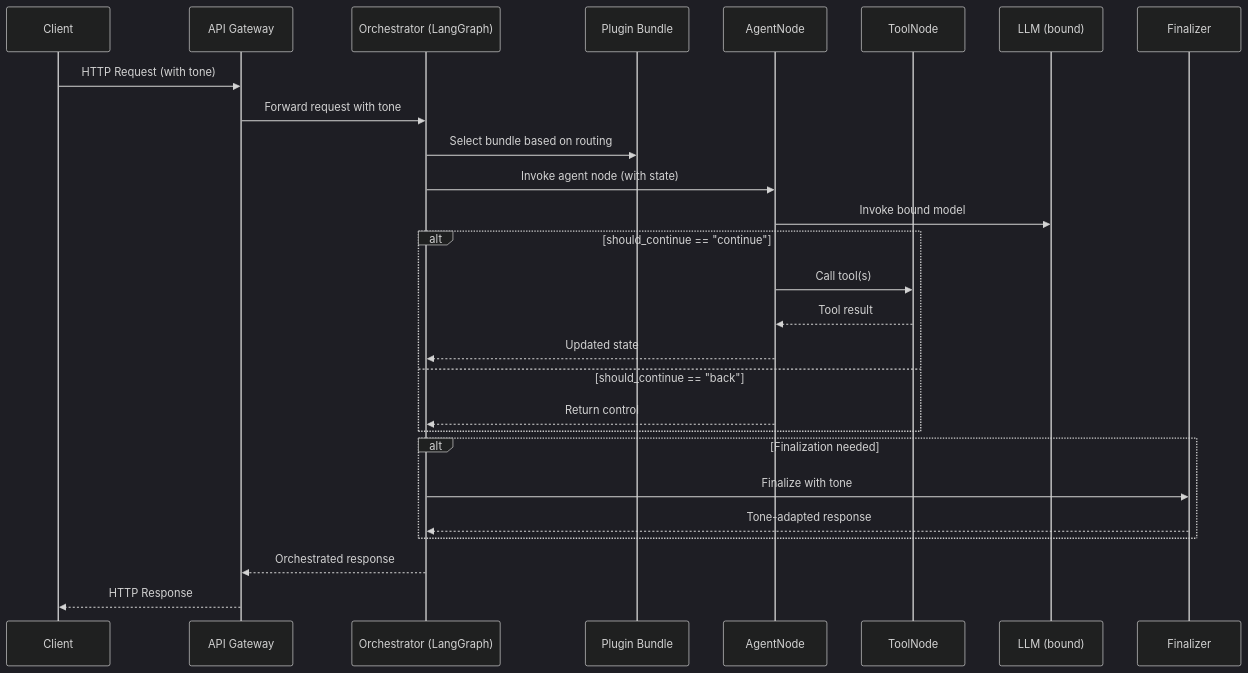
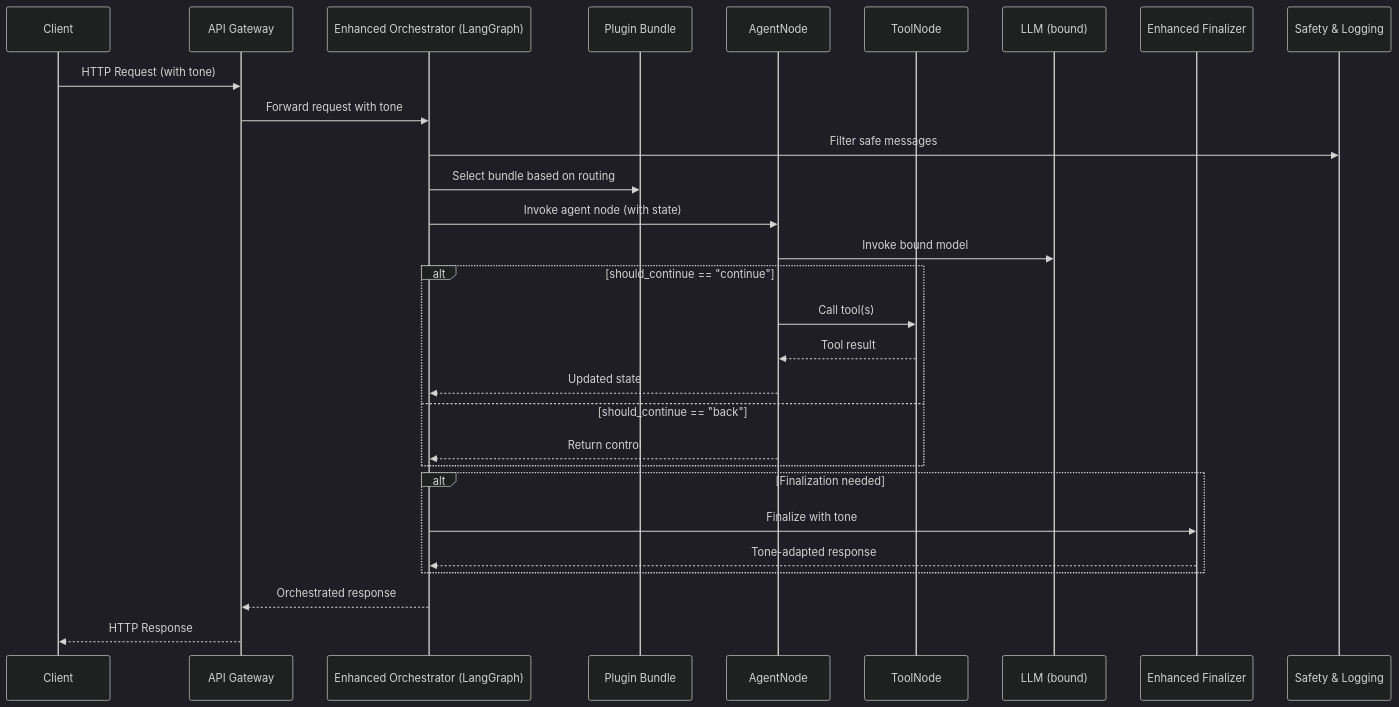
Before and after one commit to jonaskahn/cadence: the third of 6 diagrams in docs/concepts/architecture.md, drawn with Mermaid (dark theme). The commit also changed other lines of this file and 37 other files, not shown here.

````diff
--- a/docs/concepts/architecture.md
+++ b/docs/concepts/architecture.md
@@ -184,30 +190,32 @@
 ```mermaid
 sequenceDiagram
     participant C as Client
     participant API as API Gateway
-    participant Coord as Orchestrator (LangGraph)
+    participant Coord as Enhanced Orchestrator (LangGraph)
     participant B as Plugin Bundle
     participant Agent as AgentNode
     participant Tools as ToolNode
     participant LLM as LLM (bound)
-    participant F as Finalizer
+    participant F as Enhanced Finalizer
+    participant Safety as Safety & Logging
 
     C->>API: HTTP Request (with tone)
     API->>Coord: Forward request with tone
+    Coord->>Safety: Filter safe messages
     Coord->>B: Select bundle based on routing
     Coord->>Agent: Invoke agent node (with state)
     Agent->>LLM: Invoke bound model
     alt should_continue == "continue"
         Agent->>Tools: Call tool(s)
         Tools-->>Agent: Tool result
         Agent-->>Coord: Updated state
     else should_continue == "back"
         Agent-->>Coord: Return control
     end
     alt Finalization needed
         Coord->>F: Finalize with tone
         F-->>Coord: Tone-adapted response
     end
     Coord-->>API: Orchestrated response
     API-->>C: HTTP Response
 ```
````
